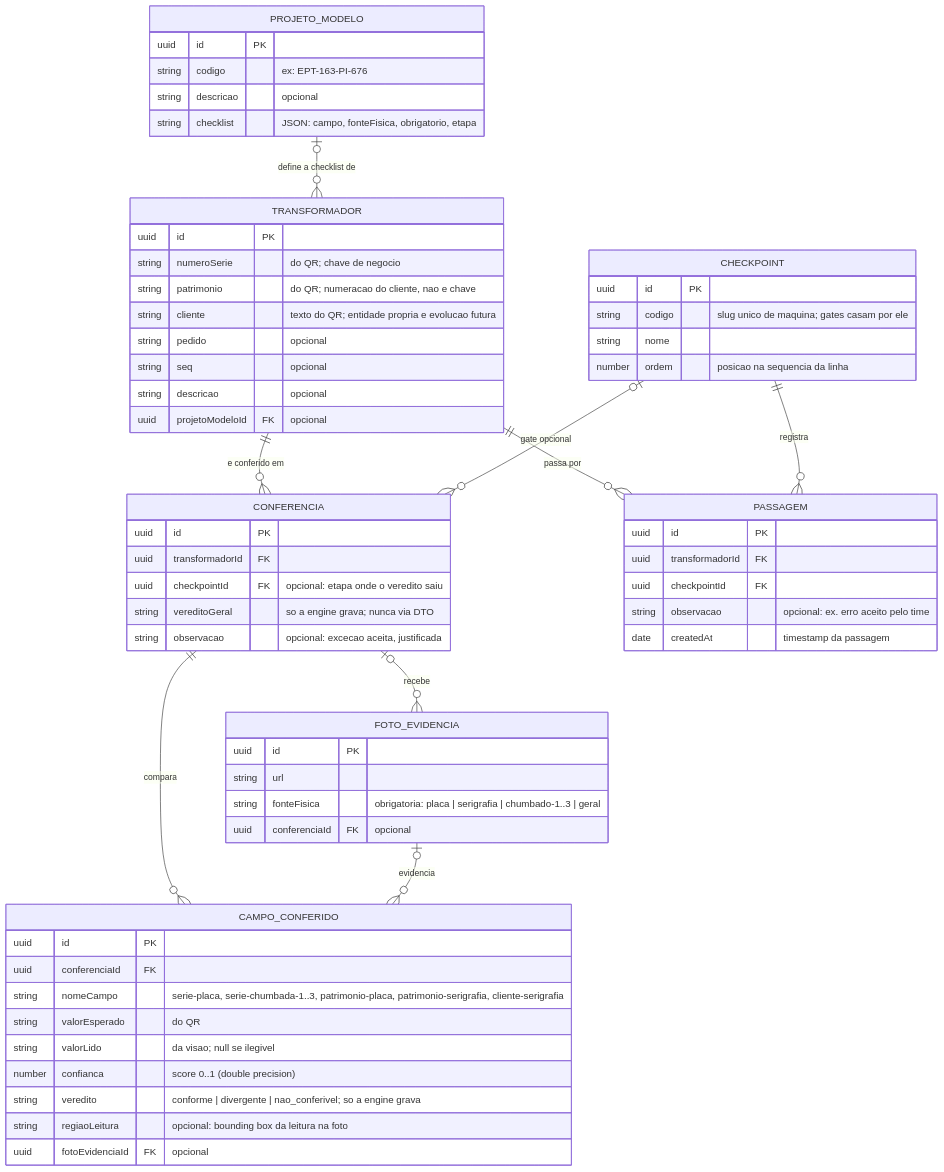
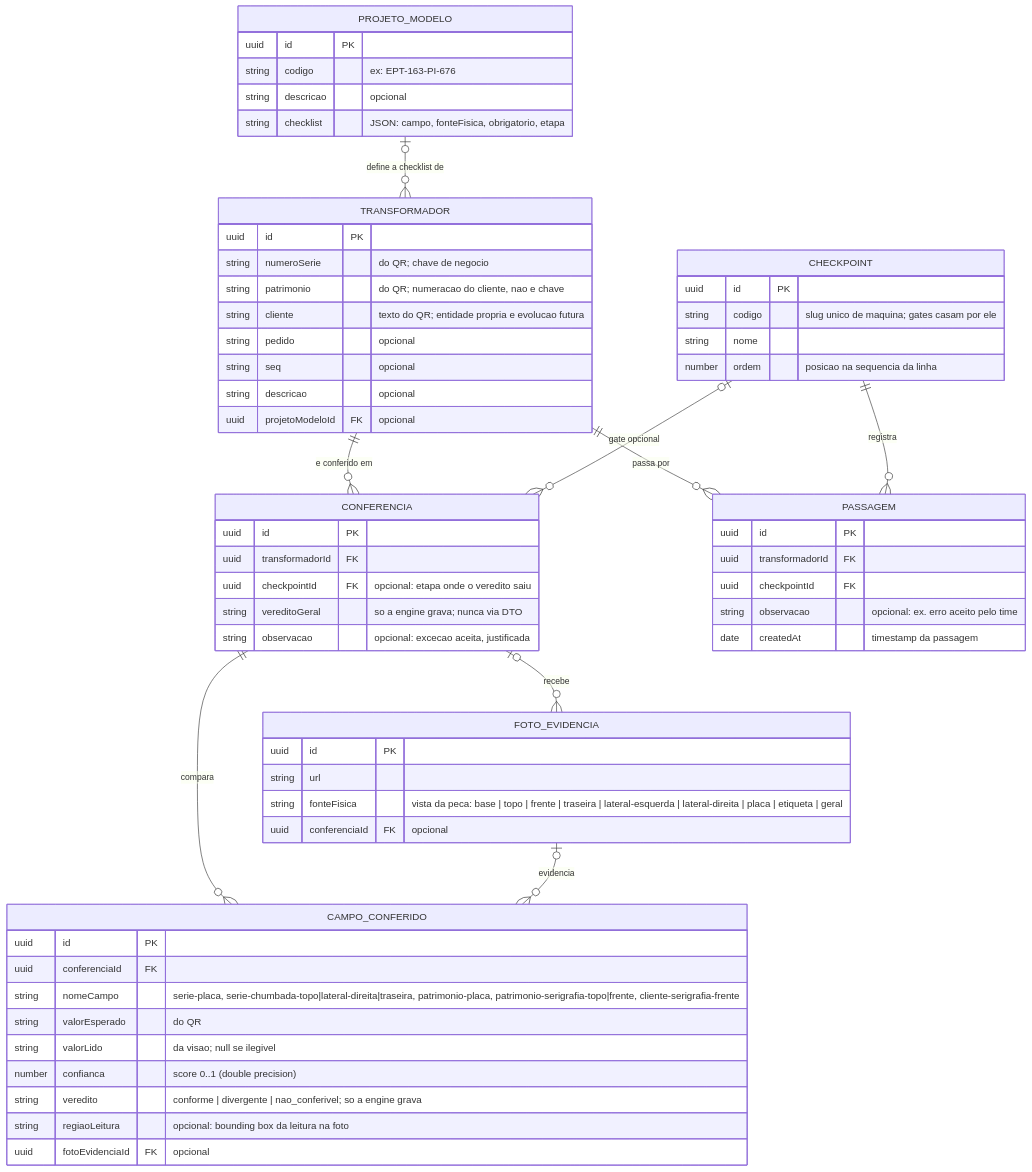
One commit to vctorgriggi/HackStars-Equipe3 changed the first of 2 diagrams in SPEC.md. Above: the diagram before and after it, drawn with Mermaid. The commit also changed other lines of this file and 39 other files, not shown here.

````diff
--- a/SPEC.md
+++ b/SPEC.md
@@ -83,65 +99,65 @@
 ```mermaid
 erDiagram
     PROJETO_MODELO |o--o{ TRANSFORMADOR : "define a checklist de"
     TRANSFORMADOR ||--o{ CONFERENCIA : "e conferido em"
     TRANSFORMADOR ||--o{ PASSAGEM : "passa por"
     CHECKPOINT ||--o{ PASSAGEM : "registra"
     CHECKPOINT |o--o{ CONFERENCIA : "gate opcional"
     CONFERENCIA ||--o{ CAMPO_CONFERIDO : "compara"
     CONFERENCIA |o--o{ FOTO_EVIDENCIA : "recebe"
     FOTO_EVIDENCIA |o--o{ CAMPO_CONFERIDO : "evidencia"
 
     PROJETO_MODELO {
         uuid id PK
         string codigo "ex: EPT-163-PI-676"
         string descricao "opcional"
         string checklist "JSON: campo, fonteFisica, obrigatorio, etapa"
     }
     TRANSFORMADOR {
         uuid id PK
         string numeroSerie "do QR; chave de negocio"
         string patrimonio "do QR; numeracao do cliente, nao e chave"
         string cliente "texto do QR; entidade propria e evolucao futura"
         string pedido "opcional"
         string seq "opcional"
         string descricao "opcional"
         uuid projetoModeloId FK "opcional"
     }
     CHECKPOINT {
         uuid id PK
         string codigo "slug unico de maquina; gates casam por ele"
         string nome
         number ordem "posicao na sequencia da linha"
     }
     CONFERENCIA {
         uuid id PK
         uuid transformadorId FK
         uuid checkpointId FK "opcional: etapa onde o veredito saiu"
         string vereditoGeral "so a engine grava; nunca via DTO"
         string observacao "opcional: excecao aceita, justificada"
     }
     CAMPO_CONFERIDO {
         uuid id PK
         uuid conferenciaId FK
-        string nomeCampo "serie-placa, serie-chumbada-1..3, patrimonio-placa, patrimonio-serigrafia, cliente-serigrafia"
+        string nomeCampo "serie-placa, serie-chumbada-topo|lateral-direita|traseira, patrimonio-placa, patrimonio-serigrafia-topo|frente, cliente-serigrafia-frente"
         string valorEsperado "do QR"
         string valorLido "da visao; null se ilegivel"
         number confianca "score 0..1 (double precision)"
         string veredito "conforme | divergente | nao_conferivel; so a engine grava"
         string regiaoLeitura "opcional: bounding box da leitura na foto"
         uuid fotoEvidenciaId FK "opcional"
     }
     FOTO_EVIDENCIA {
         uuid id PK
         string url
-        string fonteFisica "obrigatoria: placa | serigrafia | chumbado-1..3 | geral"
+        string fonteFisica "vista da peca: base | topo | frente | traseira | lateral-esquerda | lateral-direita | placa | etiqueta | geral"
         uuid conferenciaId FK "opcional"
     }
     PASSAGEM {
         uuid id PK
         uuid transformadorId FK
         uuid checkpointId FK
         string observacao "opcional: ex. erro aceito pelo time"
         date createdAt "timestamp da passagem"
     }
 ```
````
